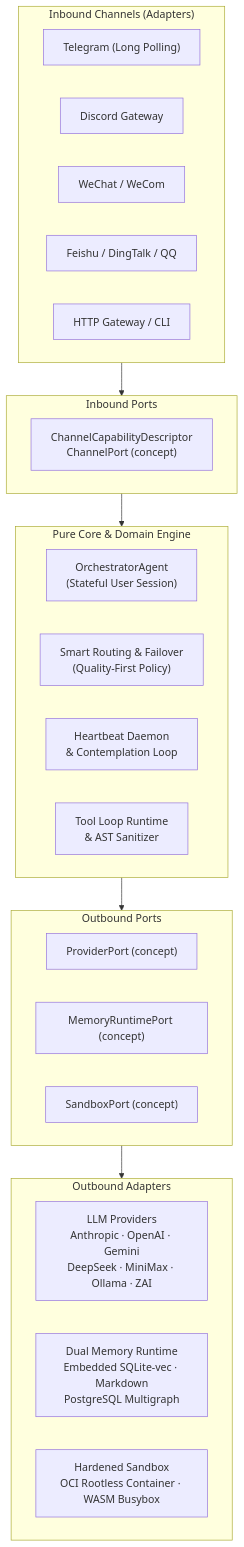
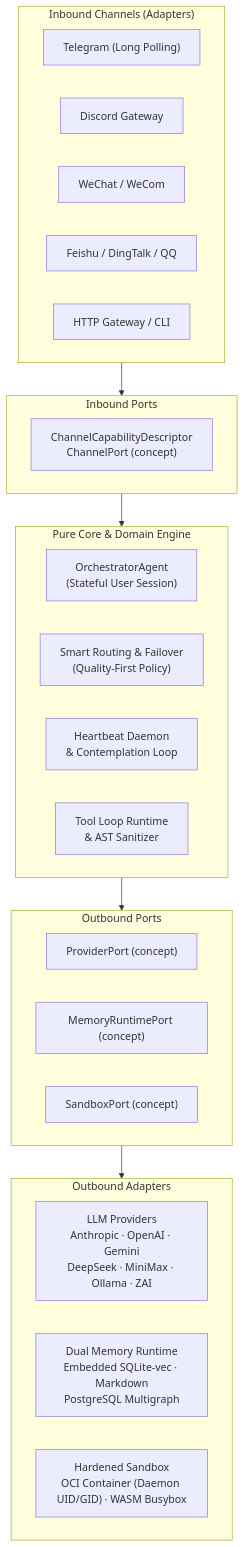
One commit to manelsen/donkey changed the diagram in README.md. Above: the diagram before and after it, drawn with Mermaid. The commit also changed other lines of this file, not shown here.

Commit message:
docs: refine binary link deps, oci container label, ollama key exemption, memory export stdout and mcp flag config

````diff
--- a/README.md
+++ b/README.md
@@ -38,35 +38,35 @@
 ```mermaid
 flowchart TD
   subgraph Inbound["Inbound Channels (Adapters)"]
     TG["Telegram (Long Polling)"]
     DC["Discord Gateway"]
     WC["WeChat / WeCom"]
     FS["Feishu / DingTalk / QQ"]
     HTTP["HTTP Gateway / CLI"]
   end
 
   subgraph InPorts["Inbound Ports"]
     CP["ChannelCapabilityDescriptor\nChannelPort (concept)"]
   end
 
   subgraph Core["Pure Core & Domain Engine"]
     ORCH["OrchestratorAgent\n(Stateful User Session)"]
     ROUTER["Smart Routing & Failover\n(Quality-First Policy)"]
     HB["Heartbeat Daemon\n& Contemplation Loop"]
     TOOL["Tool Loop Runtime\n& AST Sanitizer"]
   end
 
   subgraph OutPorts["Outbound Ports"]
     PP["ProviderPort (concept)"]
     MP["MemoryRuntimePort (concept)"]
     SP["SandboxPort (concept)"]
   end
 
   subgraph Outbound["Outbound Adapters"]
     LLM["LLM Providers\nAnthropic · OpenAI · Gemini\nDeepSeek · MiniMax · Ollama · ZAI"]
     MAGMA["Dual Memory Runtime\nEmbedded SQLite-vec · Markdown\nPostgreSQL Multigraph"]
-    SANDBOX["Hardened Sandbox\nOCI Rootless Container · WASM Busybox"]
+    SANDBOX["Hardened Sandbox\nOCI Container (Daemon UID/GID) · WASM Busybox"]
   end
 
   Inbound --> InPorts --> Core --> OutPorts --> Outbound
 ```
````
